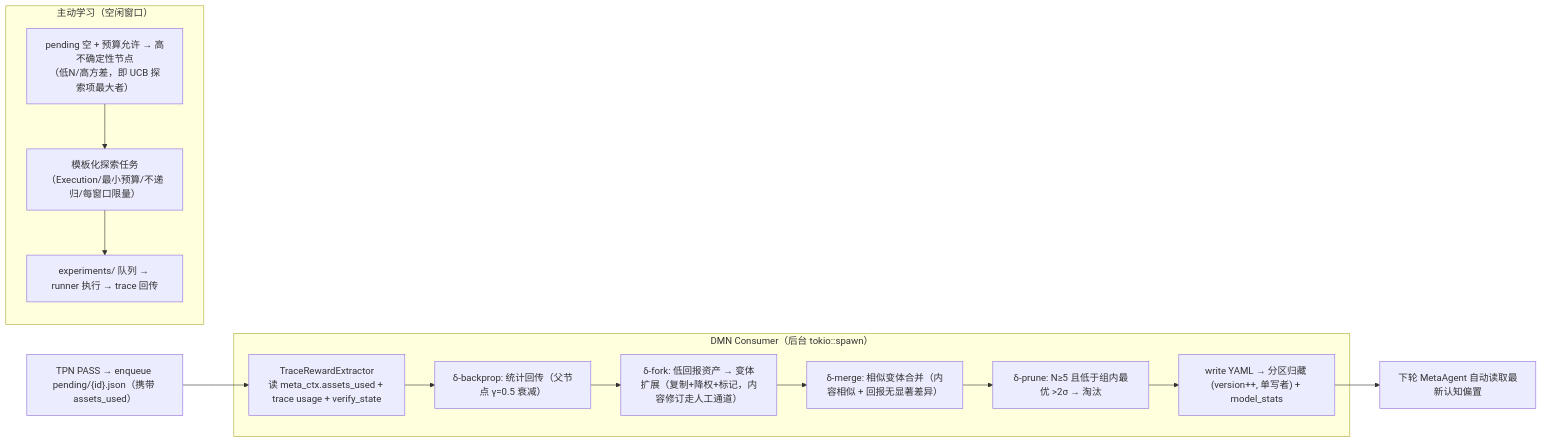
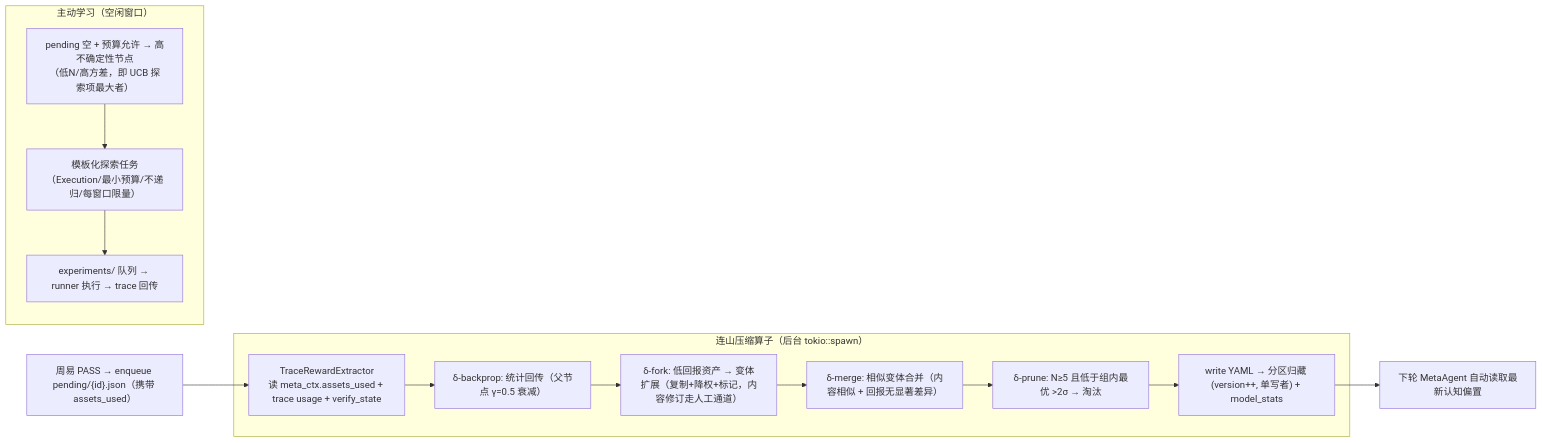
One commit to wenge6090-tech/taiji changed the seventh of 7 diagrams in BCP-蓝图-完型协议.md. Above: the diagram before and after it, drawn with Mermaid. The commit also changed other lines of this file, not shown here.

````diff
--- a/BCP-蓝图-完型协议.md
+++ b/BCP-蓝图-完型协议.md
@@ -1556,20 +1758,20 @@
 ```mermaid
 flowchart LR
-    PASS["TPN PASS → enqueue pending/{id}.json（携带 assets_used）"] --> READ["TraceRewardExtractor\n读 meta_ctx.assets_used + trace usage + verify_state"]
+    PASS["周易 PASS → enqueue pending/{id}.json（携带 assets_used）"] --> READ["TraceRewardExtractor\n读 meta_ctx.assets_used + trace usage + verify_state"]
 
-    subgraph "DMN Consumer（后台 tokio::spawn）"
+    subgraph "连山压缩算子（后台 tokio::spawn）"
         READ --> BP["δ-backprop: 统计回传（父节点 γ=0.5 衰减）"]
         BP --> FORK["δ-fork: 低回报资产 → 变体扩展（复制+降权+标记，内容修订走人工通道）"]
         FORK --> MRG["δ-merge: 相似变体合并（内容相似 + 回报无显著差异）"]
         MRG --> PRN["δ-prune: N≥5 且低于组内最优 >2σ → 淘汰"]
         PRN --> WRITE["write YAML → 分区归藏 (version++, 单写者) + model_stats"]
     end
 
     WRITE --> NEXT["下轮 MetaAgent 自动读取最新认知偏置"]
 
     subgraph "主动学习（空闲窗口）"
         ACTIVE["pending 空 + 预算允许 → 高不确定性节点\n（低N/高方差，即 UCB 探索项最大者）"]
         ACTIVE --> EXP["模板化探索任务\n（Execution/最小预算/不递归/每窗口限量）"]
         EXP --> RUN["experiments/ 队列 → runner 执行 → trace 回传"]
     end
 ```
````
